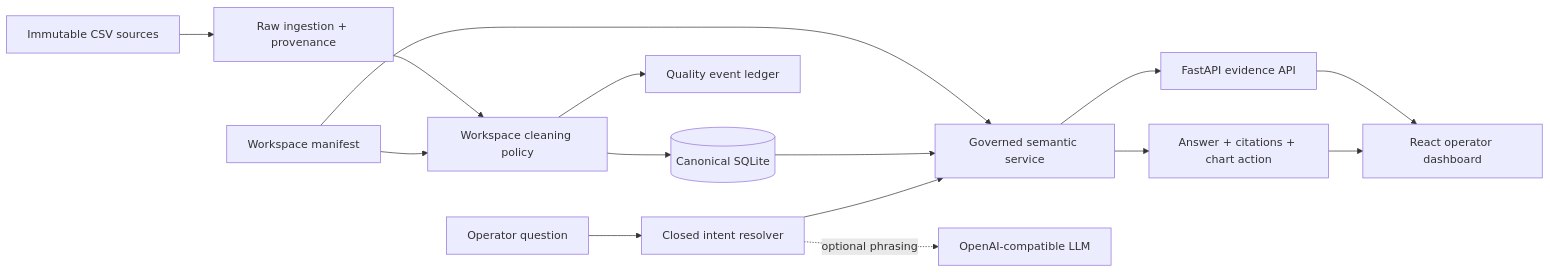
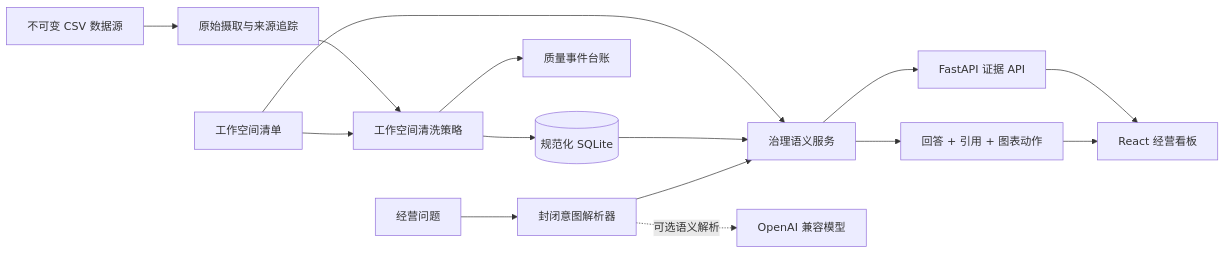
The diagram in README.md (718232157/proofline-analytics), drawn with Mermaid before and after one commit. The commit also changed other lines of this file and 15 other files, not shown here.

````diff
--- a/README.md
+++ b/README.md
@@ -54,17 +36,17 @@
 ```mermaid
 flowchart LR
-    CSV[Immutable CSV sources] --> Raw[Raw ingestion + provenance]
-    Raw --> Policy[Workspace cleaning policy]
-    Policy --> Canonical[(Canonical SQLite)]
-    Policy --> Ledger[Quality event ledger]
-    Manifest[Workspace manifest] --> Policy
-    Manifest --> Semantic[Governed semantic service]
+    CSV[不可变 CSV 数据源] --> Raw[原始摄取与来源追踪]
+    Raw --> Policy[工作空间清洗策略]
+    Policy --> Canonical[(规范化 SQLite)]
+    Policy --> Ledger[质量事件台账]
+    Manifest[工作空间清单] --> Policy
+    Manifest --> Semantic[治理语义服务]
     Canonical --> Semantic
-    Semantic --> API[FastAPI evidence API]
-    API --> Dashboard[React operator dashboard]
-    Question[Operator question] --> Resolver[Closed intent resolver]
-    Resolver -. optional phrasing .-> LLM[OpenAI-compatible LLM]
+    Semantic --> API[FastAPI 证据 API]
+    API --> Dashboard[React 经营看板]
+    Question[经营问题] --> Resolver[封闭意图解析器]
+    Resolver -. 可选语义解析 .-> LLM[OpenAI 兼容模型]
     Resolver --> Semantic
-    Semantic --> Answer[Answer + citations + chart action]
+    Semantic --> Answer[回答 + 引用 + 图表动作]
     Answer --> Dashboard
 ```
````
